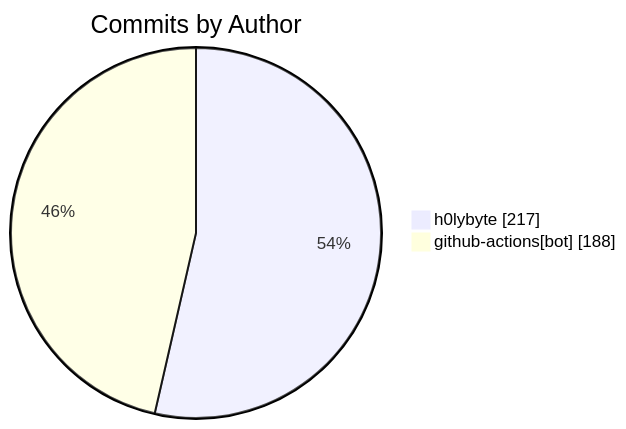
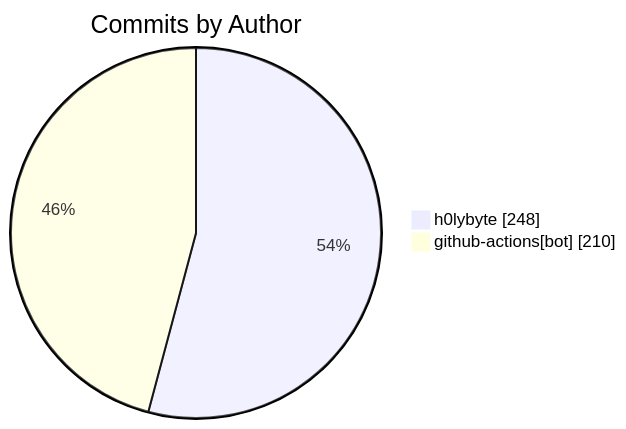
The diagram in apps/kbve/astro-kbve/src/content/docs/dashboard/activity.mdx (KBVE/kbve), drawn with Mermaid before and after one commit. The commit also changed other lines of this file and 1 other file, not shown here.

````diff
--- a/apps/kbve/astro-kbve/src/content/docs/dashboard/activity.mdx
+++ b/apps/kbve/astro-kbve/src/content/docs/dashboard/activity.mdx
@@ -116,6 +116,6 @@
 ```mermaid
 pie showData
     title Commits by Author
-    "h0lybyte" : 217
-    "github-actions[bot]" : 188
+    "h0lybyte" : 248
+    "github-actions[bot]" : 210
 ```
````
